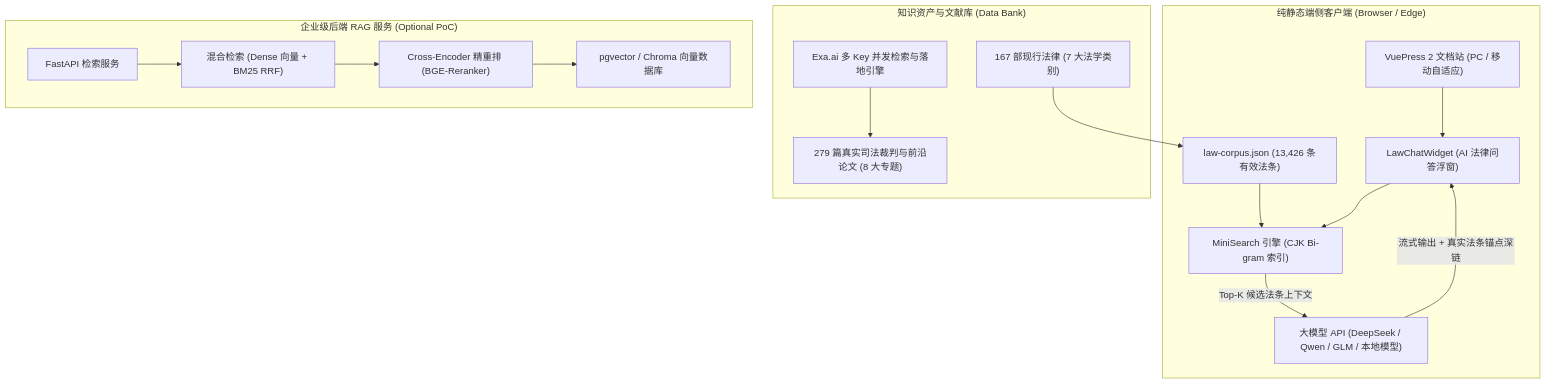
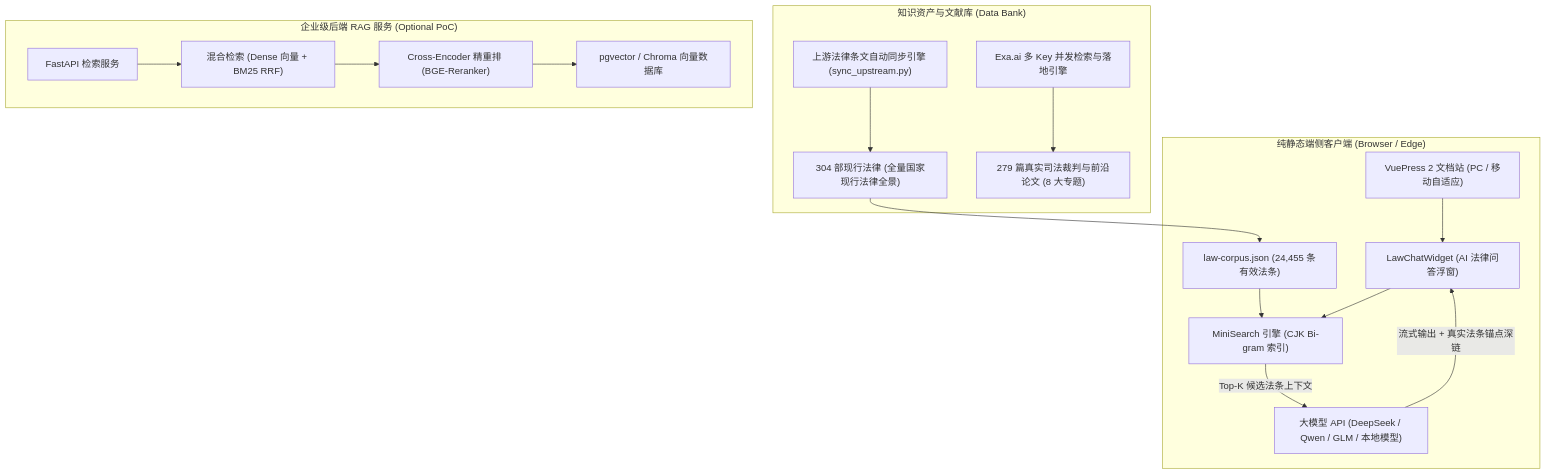
Before and after one commit to qcmuu/just-laws: the diagram in README.md, drawn with Mermaid. The commit also changed other lines of this file and 226 other files, not shown here.

````diff
--- a/README.md
+++ b/README.md
@@ -37,34 +38,36 @@
 ```mermaid
 flowchart TD
     subgraph Client["纯静态端侧客户端 (Browser / Edge)"]
         UI["VuePress 2 文档站 (PC / 移动自适应)"]
         Widget["LawChatWidget (AI 法律问答浮窗)"]
         MiniSearch["MiniSearch 引擎 (CJK Bi-gram 索引)"]
-        Corpus["law-corpus.json (13,426 条有效法条)"]
+        Corpus["law-corpus.json (24,455 条有效法条)"]
         LLM["大模型 API (DeepSeek / Qwen / GLM / 本地模型)"]
         
         UI --> Widget
         Corpus --> MiniSearch
         Widget --> MiniSearch
         MiniSearch -- "Top-K 候选法条上下文" --> LLM
         LLM -- "流式输出 + 真实法条锚点深链" --> Widget
     end
 
     subgraph Knowledge["知识资产与文献库 (Data Bank)"]
-        Laws["167 部现行法律 (7 大法学类别)"]
+        Laws["304 部现行法律 (全量国家现行法律全景)"]
         Cases["279 篇真实司法裁判与前沿论文 (8 大专题)"]
         ExaEngine["Exa.ai 多 Key 并发检索与落地引擎"]
+        UpstreamSync["上游法律条文自动同步引擎 (sync_upstream.py)"]
         
         ExaEngine --> Cases
+        UpstreamSync --> Laws
         Laws --> Corpus
     end
 
     subgraph BackendPoC["企业级后端 RAG 服务 (Optional PoC)"]
         FastAPI["FastAPI 检索服务"]
         Hybrid["混合检索 (Dense 向量 + BM25 RRF)"]
         Reranker["Cross-Encoder 精重排 (BGE-Reranker)"]
         VectorDB["pgvector / Chroma 向量数据库"]
         
         FastAPI --> Hybrid --> Reranker --> VectorDB
     end
 ```
````
